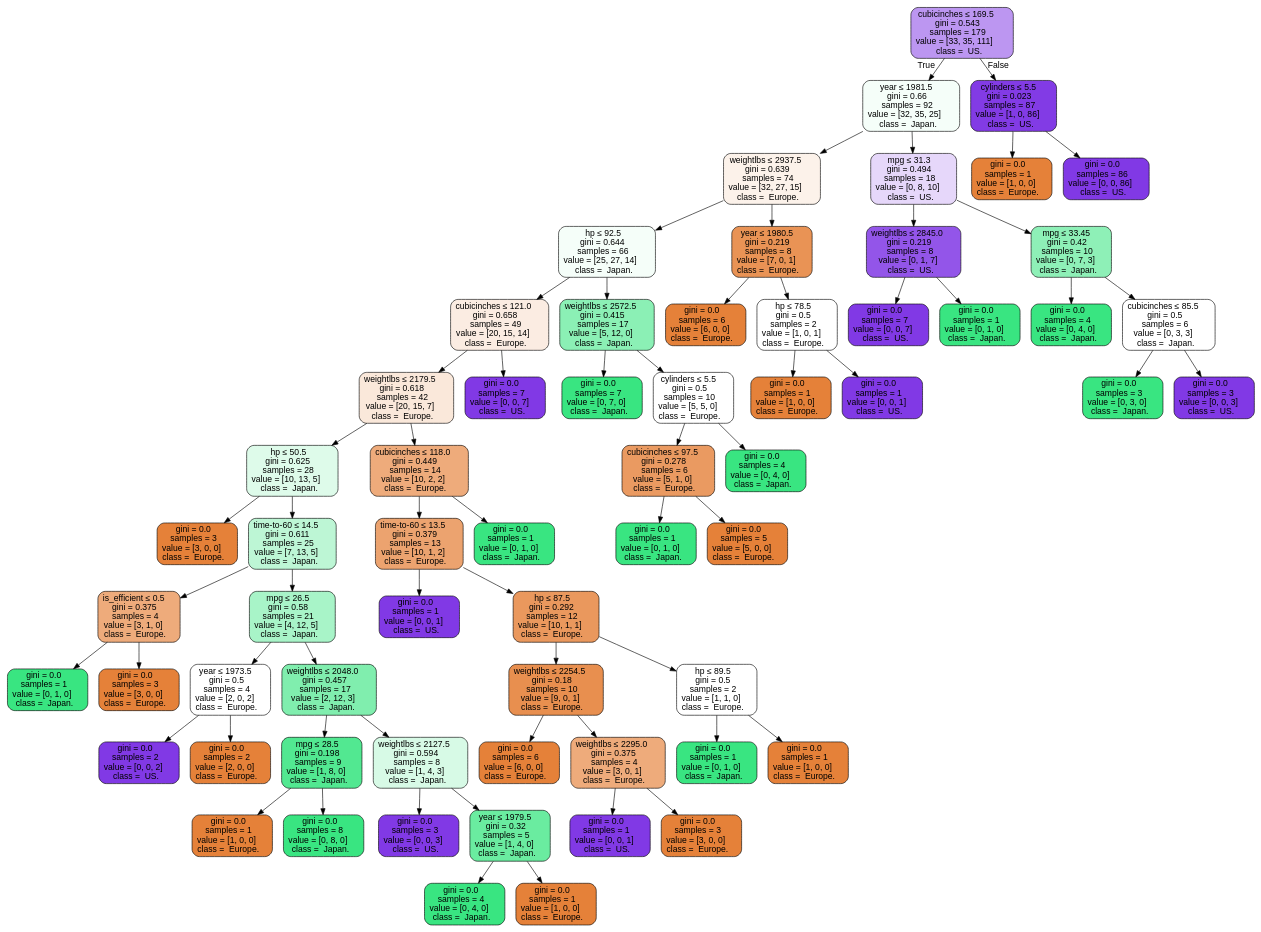
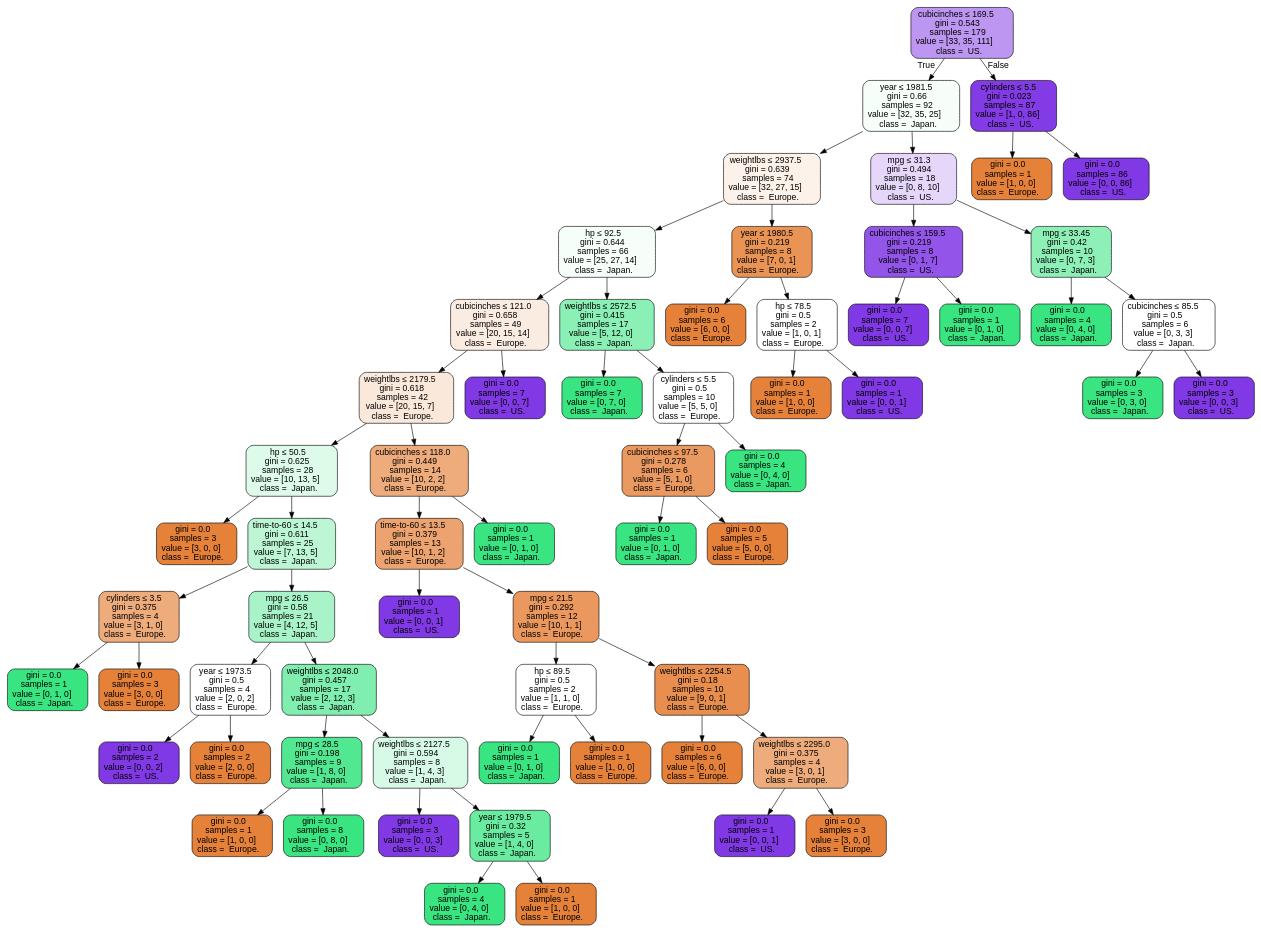
Before and after one commit to alexclemente1985/XP_EDUC_Ciencia_Dados_MFin: the diagram in Source.gv, drawn with Graphviz. The commit also changed 28 other files, not shown here.

```diff
--- a/Source.gv
+++ b/Source.gv
@@ -1,129 +1,129 @@
 digraph Tree {
 node [shape=box, style="filled, rounded", color="black", fontname="helvetica"] ;
 edge [fontname="helvetica"] ;
 0 [label=<cubicinches &le; 169.5<br/>gini = 0.543<br/>samples = 179<br/>value = [33, 35, 111]<br/>class =  US.>, fillcolor="#bc96f1"] ;
 1 [label=<year &le; 1981.5<br/>gini = 0.66<br/>samples = 92<br/>value = [32, 35, 25]<br/>class =  Japan.>, fillcolor="#f5fef9"] ;
 0 -> 1 [labeldistance=2.5, labelangle=45, headlabel="True"] ;
 2 [label=<weightlbs &le; 2937.5<br/>gini = 0.639<br/>samples = 74<br/>value = [32, 27, 15]<br/>class =  Europe.>, fillcolor="#fcf2ea"] ;
 1 -> 2 ;
 3 [label=<hp &le; 92.5<br/>gini = 0.644<br/>samples = 66<br/>value = [25, 27, 14]<br/>class =  Japan.>, fillcolor="#f5fef9"] ;
 2 -> 3 ;
 4 [label=<cubicinches &le; 121.0<br/>gini = 0.658<br/>samples = 49<br/>value = [20, 15, 14]<br/>class =  Europe.>, fillcolor="#fbece2"] ;
 3 -> 4 ;
 5 [label=<weightlbs &le; 2179.5<br/>gini = 0.618<br/>samples = 42<br/>value = [20, 15, 7]<br/>class =  Europe.>, fillcolor="#fae8da"] ;
 4 -> 5 ;
 6 [label=<hp &le; 50.5<br/>gini = 0.625<br/>samples = 28<br/>value = [10, 13, 5]<br/>class =  Japan.>, fillcolor="#defbea"] ;
 5 -> 6 ;
 7 [label=<gini = 0.0<br/>samples = 3<br/>value = [3, 0, 0]<br/>class =  Europe.>, fillcolor="#e58139"] ;
 6 -> 7 ;
 8 [label=<time-to-60 &le; 14.5<br/>gini = 0.611<br/>samples = 25<br/>value = [7, 13, 5]<br/>class =  Japan.>, fillcolor="#bdf6d5"] ;
 6 -> 8 ;
-9 [label=<is_efficient &le; 0.5<br/>gini = 0.375<br/>samples = 4<br/>value = [3, 1, 0]<br/>class =  Europe.>, fillcolor="#eeab7b"] ;
+9 [label=<cylinders &le; 3.5<br/>gini = 0.375<br/>samples = 4<br/>value = [3, 1, 0]<br/>class =  Europe.>, fillcolor="#eeab7b"] ;
 8 -> 9 ;
 10 [label=<gini = 0.0<br/>samples = 1<br/>value = [0, 1, 0]<br/>class =  Japan.>, fillcolor="#39e581"] ;
 9 -> 10 ;
 11 [label=<gini = 0.0<br/>samples = 3<br/>value = [3, 0, 0]<br/>class =  Europe.>, fillcolor="#e58139"] ;
 9 -> 11 ;
 12 [label=<mpg &le; 26.5<br/>gini = 0.58<br/>samples = 21<br/>value = [4, 12, 5]<br/>class =  Japan.>, fillcolor="#a8f4c8"] ;
 8 -> 12 ;
 13 [label=<year &le; 1973.5<br/>gini = 0.5<br/>samples = 4<br/>value = [2, 0, 2]<br/>class =  Europe.>, fillcolor="#ffffff"] ;
 12 -> 13 ;
 14 [label=<gini = 0.0<br/>samples = 2<br/>value = [0, 0, 2]<br/>class =  US.>, fillcolor="#8139e5"] ;
 13 -> 14 ;
 15 [label=<gini = 0.0<br/>samples = 2<br/>value = [2, 0, 0]<br/>class =  Europe.>, fillcolor="#e58139"] ;
 13 -> 15 ;
 16 [label=<weightlbs &le; 2048.0<br/>gini = 0.457<br/>samples = 17<br/>value = [2, 12, 3]<br/>class =  Japan.>, fillcolor="#80eeae"] ;
 12 -> 16 ;
 17 [label=<mpg &le; 28.5<br/>gini = 0.198<br/>samples = 9<br/>value = [1, 8, 0]<br/>class =  Japan.>, fillcolor="#52e891"] ;
 16 -> 17 ;
 18 [label=<gini = 0.0<br/>samples = 1<br/>value = [1, 0, 0]<br/>class =  Europe.>, fillcolor="#e58139"] ;
 17 -> 18 ;
 19 [label=<gini = 0.0<br/>samples = 8<br/>value = [0, 8, 0]<br/>class =  Japan.>, fillcolor="#39e581"] ;
 17 -> 19 ;
 20 [label=<weightlbs &le; 2127.5<br/>gini = 0.594<br/>samples = 8<br/>value = [1, 4, 3]<br/>class =  Japan.>, fillcolor="#d7fae6"] ;
 16 -> 20 ;
 21 [label=<gini = 0.0<br/>samples = 3<br/>value = [0, 0, 3]<br/>class =  US.>, fillcolor="#8139e5"] ;
 20 -> 21 ;
 22 [label=<year &le; 1979.5<br/>gini = 0.32<br/>samples = 5<br/>value = [1, 4, 0]<br/>class =  Japan.>, fillcolor="#6aeca0"] ;
 20 -> 22 ;
 23 [label=<gini = 0.0<br/>samples = 4<br/>value = [0, 4, 0]<br/>class =  Japan.>, fillcolor="#39e581"] ;
 22 -> 23 ;
 24 [label=<gini = 0.0<br/>samples = 1<br/>value = [1, 0, 0]<br/>class =  Europe.>, fillcolor="#e58139"] ;
 22 -> 24 ;
 25 [label=<cubicinches &le; 118.0<br/>gini = 0.449<br/>samples = 14<br/>value = [10, 2, 2]<br/>class =  Europe.>, fillcolor="#eeab7b"] ;
 5 -> 25 ;
 26 [label=<time-to-60 &le; 13.5<br/>gini = 0.379<br/>samples = 13<br/>value = [10, 1, 2]<br/>class =  Europe.>, fillcolor="#eca36f"] ;
 25 -> 26 ;
 27 [label=<gini = 0.0<br/>samples = 1<br/>value = [0, 0, 1]<br/>class =  US.>, fillcolor="#8139e5"] ;
 26 -> 27 ;
-28 [label=<hp &le; 87.5<br/>gini = 0.292<br/>samples = 12<br/>value = [10, 1, 1]<br/>class =  Europe.>, fillcolor="#ea985d"] ;
+28 [label=<mpg &le; 21.5<br/>gini = 0.292<br/>samples = 12<br/>value = [10, 1, 1]<br/>class =  Europe.>, fillcolor="#ea985d"] ;
 26 -> 28 ;
-29 [label=<weightlbs &le; 2254.5<br/>gini = 0.18<br/>samples = 10<br/>value = [9, 0, 1]<br/>class =  Europe.>, fillcolor="#e88f4f"] ;
+29 [label=<hp &le; 89.5<br/>gini = 0.5<br/>samples = 2<br/>value = [1, 1, 0]<br/>class =  Europe.>, fillcolor="#ffffff"] ;
 28 -> 29 ;
-30 [label=<gini = 0.0<br/>samples = 6<br/>value = [6, 0, 0]<br/>class =  Europe.>, fillcolor="#e58139"] ;
+30 [label=<gini = 0.0<br/>samples = 1<br/>value = [0, 1, 0]<br/>class =  Japan.>, fillcolor="#39e581"] ;
 29 -> 30 ;
-31 [label=<weightlbs &le; 2295.0<br/>gini = 0.375<br/>samples = 4<br/>value = [3, 0, 1]<br/>class =  Europe.>, fillcolor="#eeab7b"] ;
+31 [label=<gini = 0.0<br/>samples = 1<br/>value = [1, 0, 0]<br/>class =  Europe.>, fillcolor="#e58139"] ;
 29 -> 31 ;
-32 [label=<gini = 0.0<br/>samples = 1<br/>value = [0, 0, 1]<br/>class =  US.>, fillcolor="#8139e5"] ;
-31 -> 32 ;
-33 [label=<gini = 0.0<br/>samples = 3<br/>value = [3, 0, 0]<br/>class =  Europe.>, fillcolor="#e58139"] ;
-31 -> 33 ;
-34 [label=<hp &le; 89.5<br/>gini = 0.5<br/>samples = 2<br/>value = [1, 1, 0]<br/>class =  Europe.>, fillcolor="#ffffff"] ;
-28 -> 34 ;
-35 [label=<gini = 0.0<br/>samples = 1<br/>value = [0, 1, 0]<br/>class =  Japan.>, fillcolor="#39e581"] ;
+32 [label=<weightlbs &le; 2254.5<br/>gini = 0.18<br/>samples = 10<br/>value = [9, 0, 1]<br/>class =  Europe.>, fillcolor="#e88f4f"] ;
+28 -> 32 ;
+33 [label=<gini = 0.0<br/>samples = 6<br/>value = [6, 0, 0]<br/>class =  Europe.>, fillcolor="#e58139"] ;
+32 -> 33 ;
+34 [label=<weightlbs &le; 2295.0<br/>gini = 0.375<br/>samples = 4<br/>value = [3, 0, 1]<br/>class =  Europe.>, fillcolor="#eeab7b"] ;
+32 -> 34 ;
+35 [label=<gini = 0.0<br/>samples = 1<br/>value = [0, 0, 1]<br/>class =  US.>, fillcolor="#8139e5"] ;
 34 -> 35 ;
-36 [label=<gini = 0.0<br/>samples = 1<br/>value = [1, 0, 0]<br/>class =  Europe.>, fillcolor="#e58139"] ;
+36 [label=<gini = 0.0<br/>samples = 3<br/>value = [3, 0, 0]<br/>class =  Europe.>, fillcolor="#e58139"] ;
 34 -> 36 ;
 37 [label=<gini = 0.0<br/>samples = 1<br/>value = [0, 1, 0]<br/>class =  Japan.>, fillcolor="#39e581"] ;
 25 -> 37 ;
 38 [label=<gini = 0.0<br/>samples = 7<br/>value = [0, 0, 7]<br/>class =  US.>, fillcolor="#8139e5"] ;
 4 -> 38 ;
 39 [label=<weightlbs &le; 2572.5<br/>gini = 0.415<br/>samples = 17<br/>value = [5, 12, 0]<br/>class =  Japan.>, fillcolor="#8bf0b5"] ;
 3 -> 39 ;
 40 [label=<gini = 0.0<br/>samples = 7<br/>value = [0, 7, 0]<br/>class =  Japan.>, fillcolor="#39e581"] ;
 39 -> 40 ;
 41 [label=<cylinders &le; 5.5<br/>gini = 0.5<br/>samples = 10<br/>value = [5, 5, 0]<br/>class =  Europe.>, fillcolor="#ffffff"] ;
 39 -> 41 ;
 42 [label=<cubicinches &le; 97.5<br/>gini = 0.278<br/>samples = 6<br/>value = [5, 1, 0]<br/>class =  Europe.>, fillcolor="#ea9a61"] ;
 41 -> 42 ;
 43 [label=<gini = 0.0<br/>samples = 1<br/>value = [0, 1, 0]<br/>class =  Japan.>, fillcolor="#39e581"] ;
 42 -> 43 ;
 44 [label=<gini = 0.0<br/>samples = 5<br/>value = [5, 0, 0]<br/>class =  Europe.>, fillcolor="#e58139"] ;
 42 -> 44 ;
 45 [label=<gini = 0.0<br/>samples = 4<br/>value = [0, 4, 0]<br/>class =  Japan.>, fillcolor="#39e581"] ;
 41 -> 45 ;
 46 [label=<year &le; 1980.5<br/>gini = 0.219<br/>samples = 8<br/>value = [7, 0, 1]<br/>class =  Europe.>, fillcolor="#e99355"] ;
 2 -> 46 ;
 47 [label=<gini = 0.0<br/>samples = 6<br/>value = [6, 0, 0]<br/>class =  Europe.>, fillcolor="#e58139"] ;
 46 -> 47 ;
 48 [label=<hp &le; 78.5<br/>gini = 0.5<br/>samples = 2<br/>value = [1, 0, 1]<br/>class =  Europe.>, fillcolor="#ffffff"] ;
 46 -> 48 ;
 49 [label=<gini = 0.0<br/>samples = 1<br/>value = [1, 0, 0]<br/>class =  Europe.>, fillcolor="#e58139"] ;
 48 -> 49 ;
 50 [label=<gini = 0.0<br/>samples = 1<br/>value = [0, 0, 1]<br/>class =  US.>, fillcolor="#8139e5"] ;
 48 -> 50 ;
 51 [label=<mpg &le; 31.3<br/>gini = 0.494<br/>samples = 18<br/>value = [0, 8, 10]<br/>class =  US.>, fillcolor="#e6d7fa"] ;
 1 -> 51 ;
-52 [label=<weightlbs &le; 2845.0<br/>gini = 0.219<br/>samples = 8<br/>value = [0, 1, 7]<br/>class =  US.>, fillcolor="#9355e9"] ;
+52 [label=<cubicinches &le; 159.5<br/>gini = 0.219<br/>samples = 8<br/>value = [0, 1, 7]<br/>class =  US.>, fillcolor="#9355e9"] ;
 51 -> 52 ;
 53 [label=<gini = 0.0<br/>samples = 7<br/>value = [0, 0, 7]<br/>class =  US.>, fillcolor="#8139e5"] ;
 52 -> 53 ;
 54 [label=<gini = 0.0<br/>samples = 1<br/>value = [0, 1, 0]<br/>class =  Japan.>, fillcolor="#39e581"] ;
 52 -> 54 ;
 55 [label=<mpg &le; 33.45<br/>gini = 0.42<br/>samples = 10<br/>value = [0, 7, 3]<br/>class =  Japan.>, fillcolor="#8ef0b7"] ;
 51 -> 55 ;
 56 [label=<gini = 0.0<br/>samples = 4<br/>value = [0, 4, 0]<br/>class =  Japan.>, fillcolor="#39e581"] ;
 55 -> 56 ;
 57 [label=<cubicinches &le; 85.5<br/>gini = 0.5<br/>samples = 6<br/>value = [0, 3, 3]<br/>class =  Japan.>, fillcolor="#ffffff"] ;
 55 -> 57 ;
 58 [label=<gini = 0.0<br/>samples = 3<br/>value = [0, 3, 0]<br/>class =  Japan.>, fillcolor="#39e581"] ;
 57 -> 58 ;
 59 [label=<gini = 0.0<br/>samples = 3<br/>value = [0, 0, 3]<br/>class =  US.>, fillcolor="#8139e5"] ;
 57 -> 59 ;
 60 [label=<cylinders &le; 5.5<br/>gini = 0.023<br/>samples = 87<br/>value = [1, 0, 86]<br/>class =  US.>, fillcolor="#823be5"] ;
 0 -> 60 [labeldistance=2.5, labelangle=-45, headlabel="False"] ;
 61 [label=<gini = 0.0<br/>samples = 1<br/>value = [1, 0, 0]<br/>class =  Europe.>, fillcolor="#e58139"] ;
 60 -> 61 ;
 62 [label=<gini = 0.0<br/>samples = 86<br/>value = [0, 0, 86]<br/>class =  US.>, fillcolor="#8139e5"] ;
 60 -> 62 ;
 }
```
